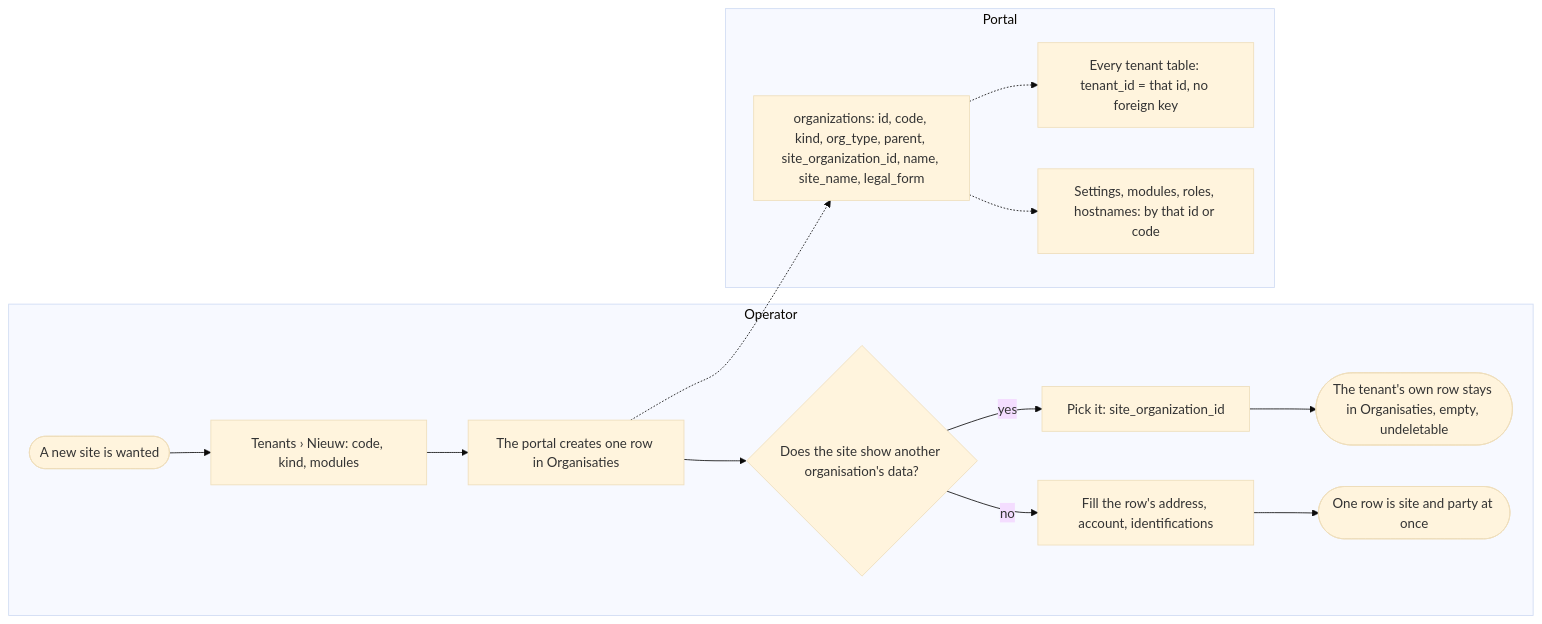
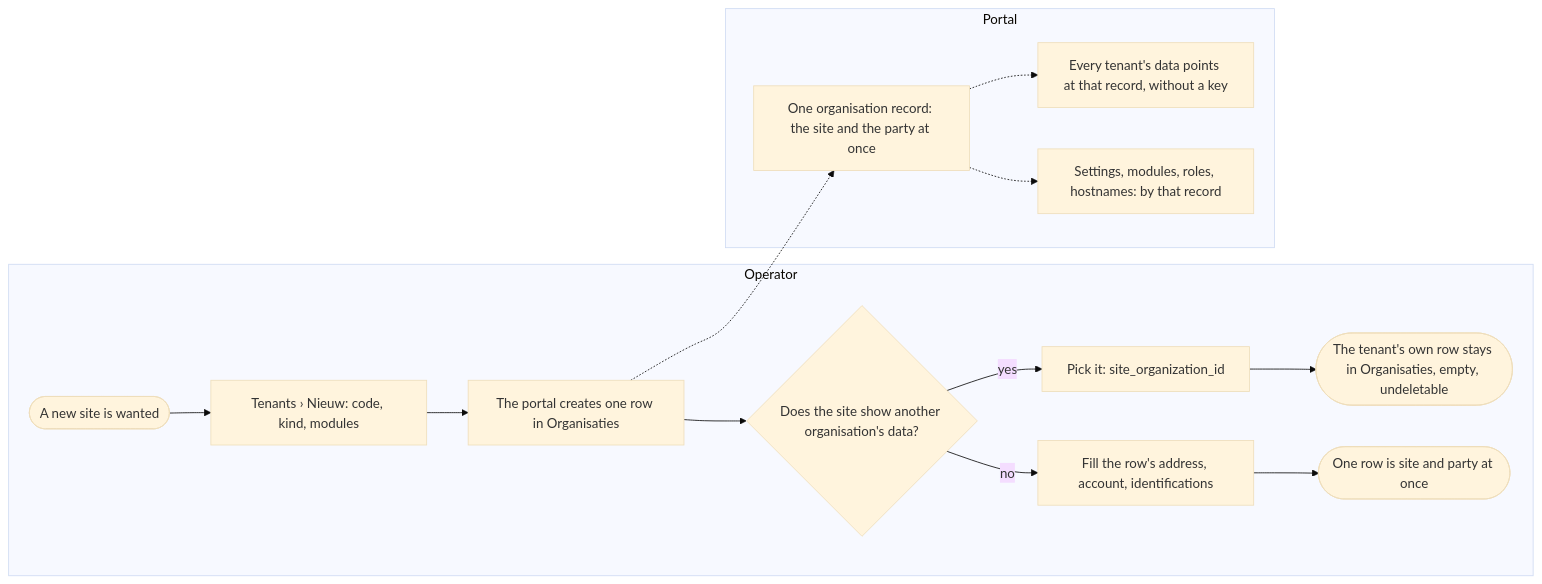
One commit to KoenRenders/KoenTest changed the first of 5 diagrams in docs/change_request_20_tenant_apart_from_organisation.md. Above: the diagram before and after it, drawn with Mermaid (base theme). The commit also changed other lines of this file and 1 other file, not shown here.

````diff
--- a/docs/change_request_20_tenant_apart_from_organisation.md
+++ b/docs/change_request_20_tenant_apart_from_organisation.md
@@ -23,20 +23,20 @@
 ```mermaid
 flowchart LR
   subgraph O[Operator]
     o1([A new site is wanted]) --> o2[Tenants › Nieuw: code, kind, modules]
     o2 --> o3[The portal creates one row in Organisaties]
     o3 --> o4{Does the site show another organisation's data?}
     o4 -- yes --> o5[Pick it: site_organization_id]
     o5 --> o6([The tenant's own row stays in Organisaties, empty, undeletable])
     o4 -- no --> o7[Fill the row's address, account, identifications]
     o7 --> o8([One row is site and party at once])
   end
   subgraph P[Portal]
-    p1[organizations: id, code, kind, org_type, parent, site_organization_id, name, site_name, legal_form]
-    p2[Every tenant table: tenant_id = that id, no foreign key]
-    p3[Settings, modules, roles, hostnames: by that id or code]
+    p1[One organisation record: the site and the party at once]
+    p2[Every tenant's data points at that record, without a key]
+    p3[Settings, modules, roles, hostnames: by that record]
   end
   o3 -.-> p1
   p1 -.-> p2
   p1 -.-> p3
 ```
````
